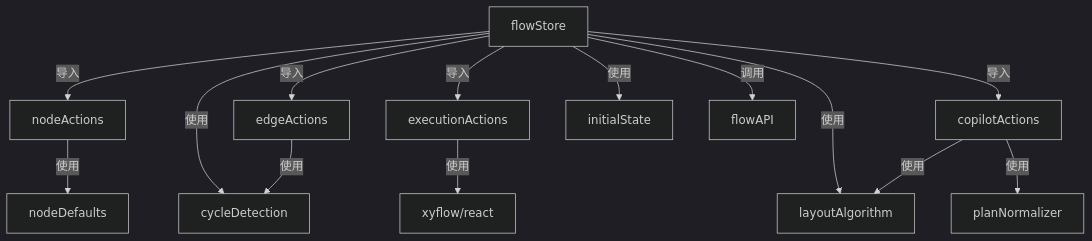
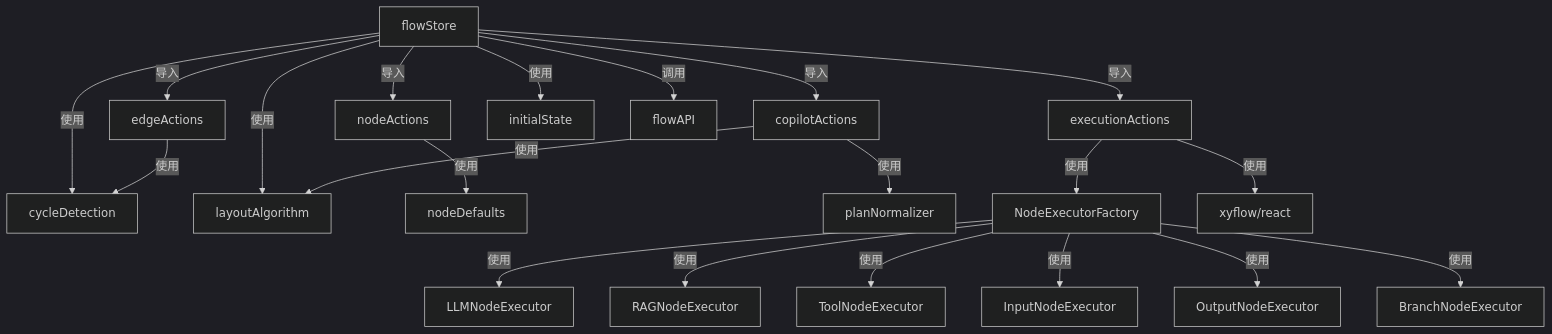
One commit to JasperLin2333/Flash-Flow changed the ninth of 9 diagrams in .qoder/repowiki/zh/content/状态管理机制/状态管理机制.md. Above: the diagram before and after it, drawn with Mermaid (dark theme). The commit also changed other lines of this file and 121 other files, not shown here.

````diff
--- a/.qoder/repowiki/zh/content/状态管理机制/状态管理机制.md
+++ b/.qoder/repowiki/zh/content/状态管理机制/状态管理机制.md
@@ -266,16 +373,23 @@
 ```mermaid
 graph TD
 flowStore --> |导入| nodeActions
 flowStore --> |导入| edgeActions
 flowStore --> |导入| executionActions
 flowStore --> |导入| copilotActions
 flowStore --> |使用| initialState
 flowStore --> |调用| flowAPI
 flowStore --> |使用| cycleDetection
 flowStore --> |使用| layoutAlgorithm
 nodeActions --> |使用| nodeDefaults
 edgeActions --> |使用| cycleDetection
 copilotActions --> |使用| layoutAlgorithm
 copilotActions --> |使用| planNormalizer
+executionActions --> |使用| NodeExecutorFactory
 executionActions --> |使用| xyflow/react
+NodeExecutorFactory --> |使用| LLMNodeExecutor
+NodeExecutorFactory --> |使用| RAGNodeExecutor
+NodeExecutorFactory --> |使用| ToolNodeExecutor
+NodeExecutorFactory --> |使用| InputNodeExecutor
+NodeExecutorFactory --> |使用| OutputNodeExecutor
+NodeExecutorFactory --> |使用| BranchNodeExecutor
 ```
````
